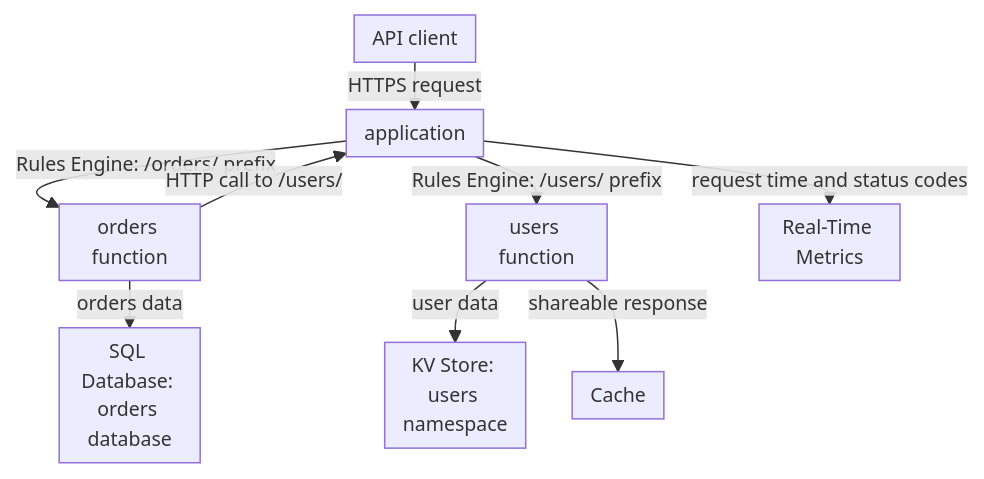
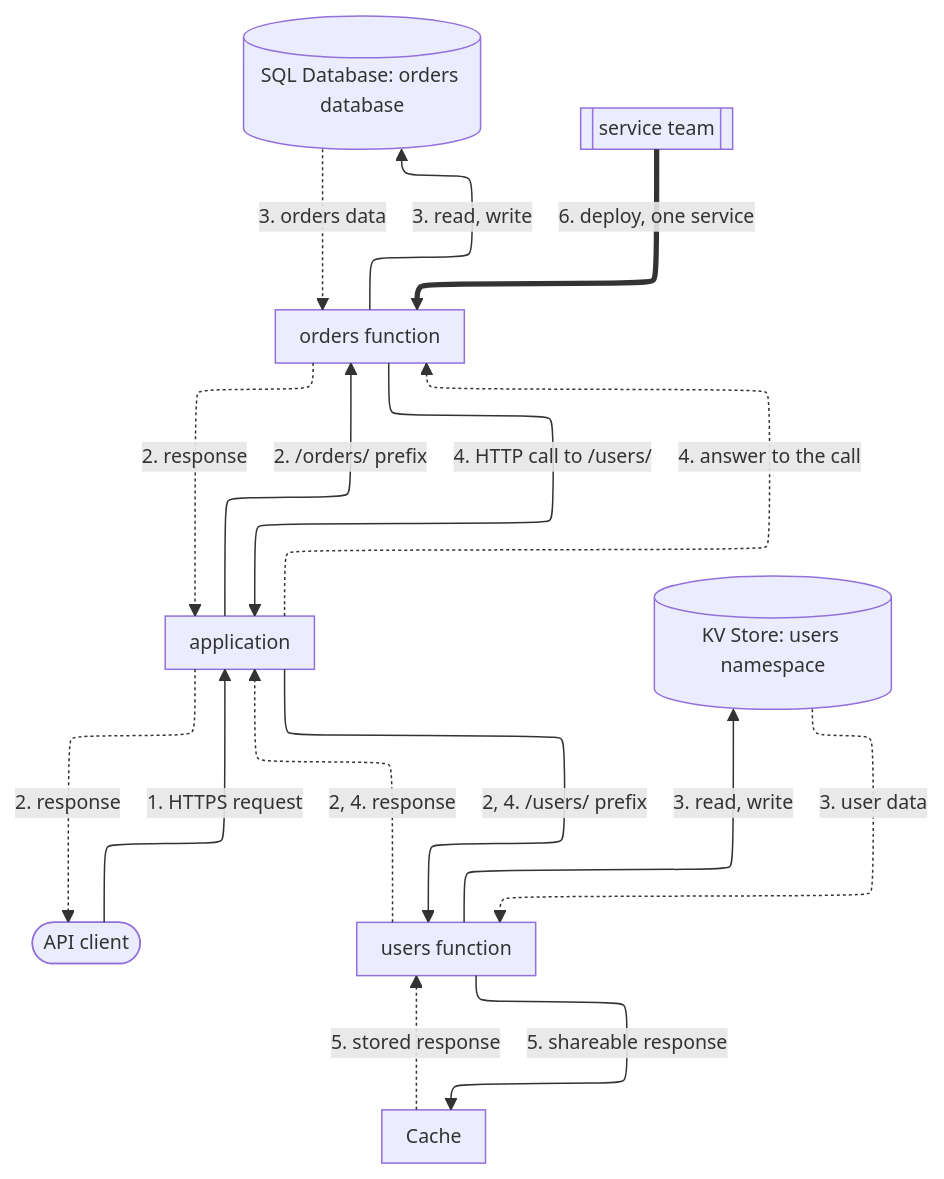
Before and after one commit to aziontech/docs: the diagram in apps/docs/src/content/docs/en/pages/architectures/edge-application/microservices.mdx, drawn with Mermaid. The commit also changed other lines of this file and 179 other files, not shown here.

Commit message:
docs(diagrams): redraw every other diagram in the use-case diagram style (#2513)

````diff
--- a/apps/docs/src/content/docs/en/pages/architectures/edge-application/microservices.mdx
+++ b/apps/docs/src/content/docs/en/pages/architectures/edge-application/microservices.mdx
@@ -18,12 +20,27 @@
 ```mermaid
-%%{init: {"layout": "dagre", "themeVariables": {"fontSize": "13px"}, "flowchart": {"nodeSpacing": 12, "rankSpacing": 12, "padding": 6, "wrappingWidth": 70, "minNodeWidth": 40, "useMaxWidth": true}}}%%
+%%{init: {"layout": "elk", "elk": {"cycleBreakingStrategy": "MODEL_ORDER"}, "themeVariables": {"fontSize": "13px"}, "flowchart": {"nodeSpacing": 24, "rankSpacing": 36, "padding": 8, "wrappingWidth": 150, "useMaxWidth": true}, "sequence": {"width": 120, "actorMargin": 30, "useMaxWidth": true}}}%%
 flowchart TD
-  Client["API client"] -->|"HTTPS request"| App["application"]
-  App -->|"Rules Engine: /orders/ prefix"| Orders["orders function"]
-  App -->|"Rules Engine: /users/ prefix"| Users["users function"]
-  Orders -->|"orders data"| OrdersDB["SQL Database: orders database"]
-  Users -->|"user data"| UsersKV["KV Store: users namespace"]
-  Orders -->|"HTTP call to /users/"| App
-  Users -->|"shareable response"| Cache["Cache"]
-  App -->|"request time and status codes"| RTM["Real-Time Metrics"]
+  Client(["API client"])
+  App["application"]
+  Orders["orders function"]
+  Users["users function"]
+  OrdersDB[("SQL Database: orders database")]
+  UsersKV[("KV Store: users namespace")]
+  Cache["Cache"]
+  Team[["service team"]]
+  Client -->|"1. HTTPS request"| App
+  App -->|"2. /orders/ prefix"| Orders
+  App -->|"2, 4. /users/ prefix"| Users
+  Orders -->|"3. read, write"| OrdersDB
+  Users -->|"3. read, write"| UsersKV
+  Orders -->|"4. HTTP call to /users/"| App
+  Users -->|"5. shareable response"| Cache
+  OrdersDB -.->|"3. orders data"| Orders
+  UsersKV -.->|"3. user data"| Users
+  Cache -.->|"5. stored response"| Users
+  Users -.->|"2, 4. response"| App
+  App -.->|"4. answer to the call"| Orders
+  Orders -.->|"2. response"| App
+  App -.->|"2. response"| Client
+  Team ==>|"6. deploy, one service"| Orders
 ```
````
